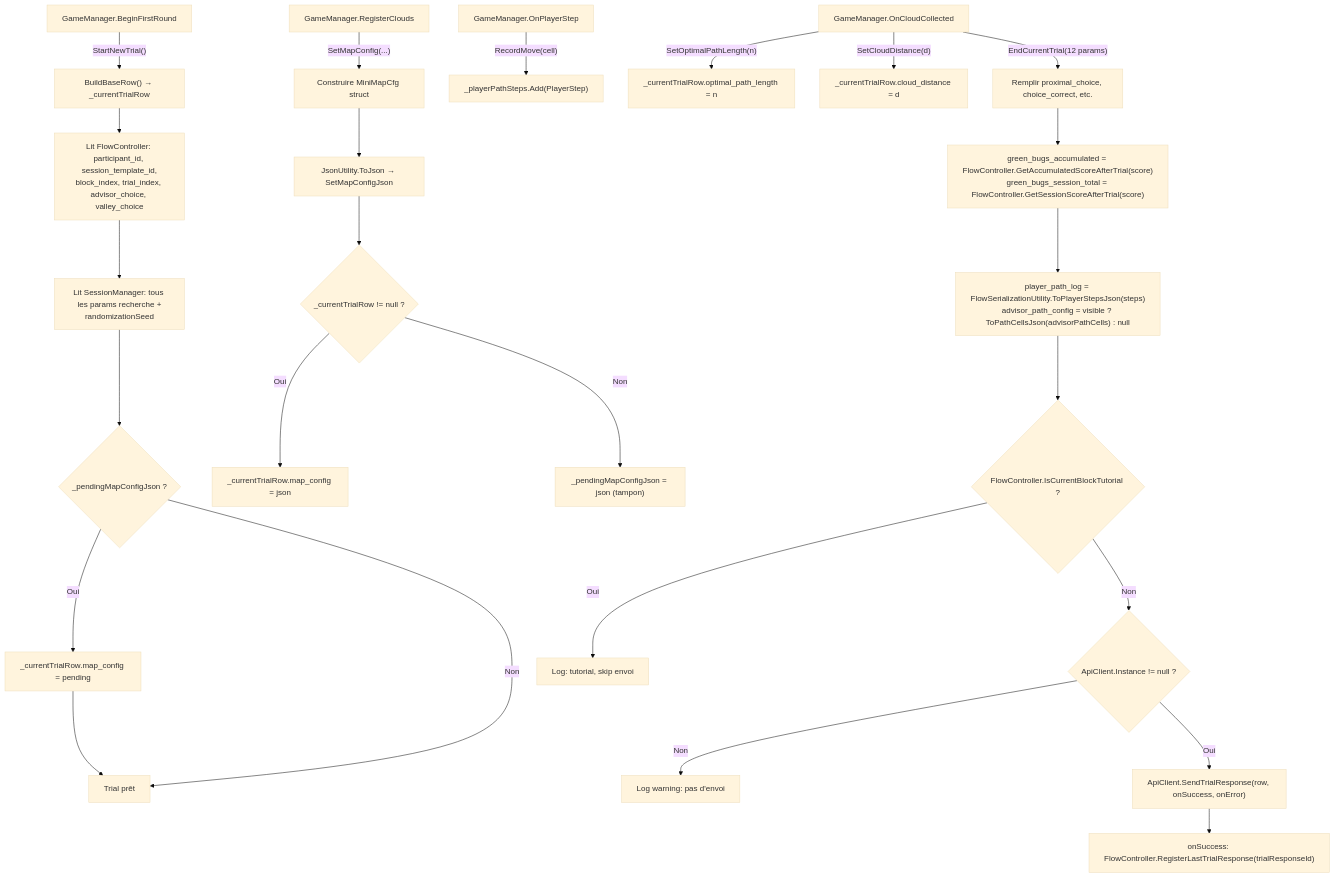
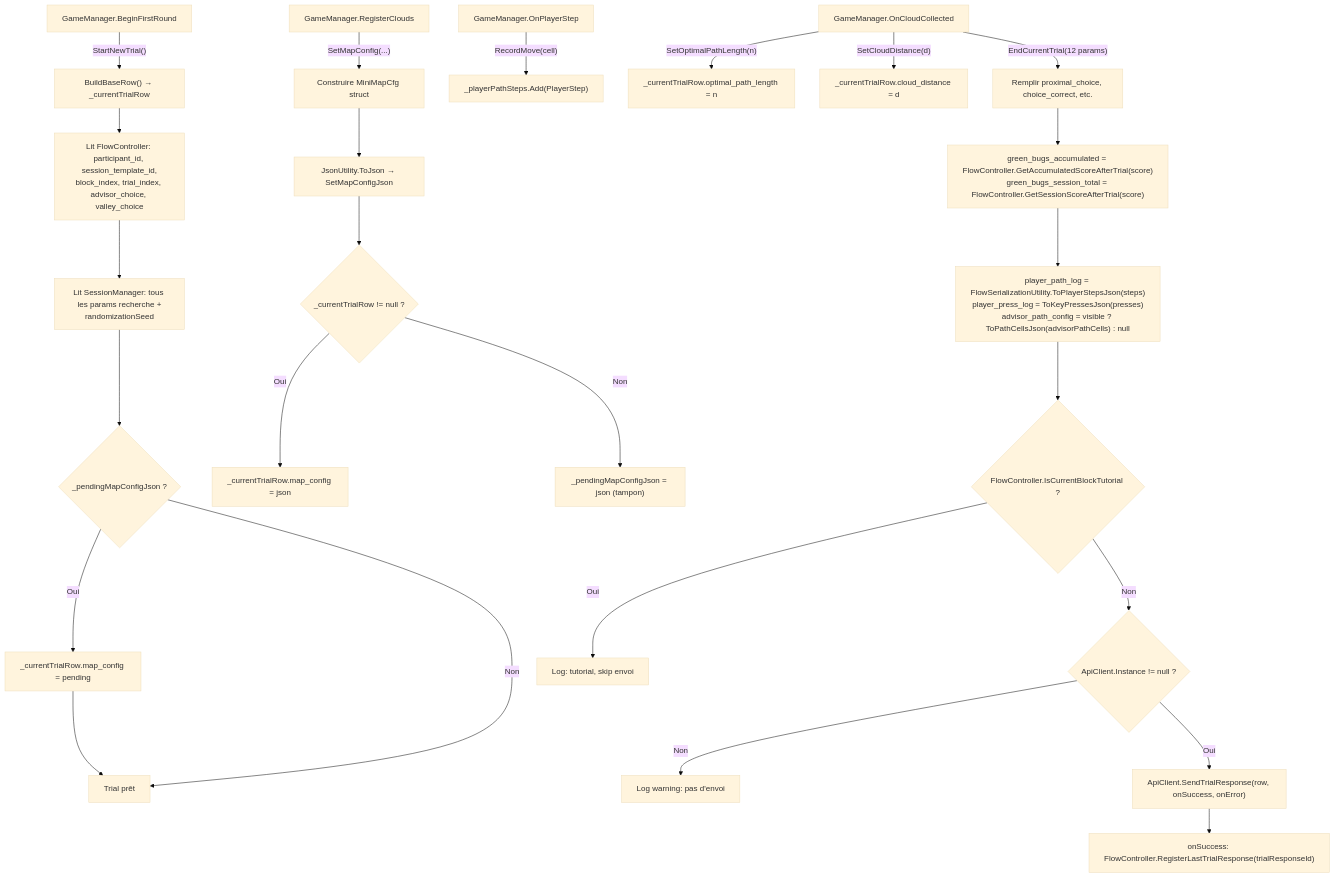
Diagram 15 of 29 in Docs/TDD.md (PierreChagnon/BUGS), drawn with Mermaid (base theme) before and after one commit. The commit also changed other lines of this file and 19 other files, not shown here.

First line of the commit message:
feat(data): motor_active_set, motor_advised_set and player_press_log in trial_responses + Build 1.5.0

````diff
--- a/Docs/TDD.md
+++ b/Docs/TDD.md
@@ -1738,30 +1742,30 @@
 ```mermaid
 graph TD
     C["GameManager.BeginFirstRound"] -->|"StartNewTrial()"| D["BuildBaseRow() → _currentTrialRow"]
     D --> D1["Lit FlowController: participant_id, session_template_id,<br/>block_index, trial_index, advisor_choice, valley_choice"]
     D1 --> D2["Lit SessionManager: tous les params recherche +<br/>randomizationSeed"]
     D2 --> E{_pendingMapConfigJson ?}
     E -->|Oui| F["_currentTrialRow.map_config = pending"]
     E -->|Non| G[Trial prêt]
     F --> G
 
     H["GameManager.RegisterClouds"] -->|"SetMapConfig(...)"| H1["Construire MiniMapCfg struct"]
     H1 --> H2["JsonUtility.ToJson → SetMapConfigJson"]
     H2 --> I{_currentTrialRow != null ?}
     I -->|Oui| J["_currentTrialRow.map_config = json"]
     I -->|Non| K["_pendingMapConfigJson = json (tampon)"]
 
     L["GameManager.OnPlayerStep"] -->|"RecordMove(cell)"| M["_playerPathSteps.Add(PlayerStep)"]
 
     N["GameManager.OnCloudCollected"] -->|"SetOptimalPathLength(n)"| O["_currentTrialRow.optimal_path_length = n"]
     N -->|"SetCloudDistance(d)"| O2["_currentTrialRow.cloud_distance = d"]
     N -->|"EndCurrentTrial(12 params)"| P["Remplir proximal_choice, choice_correct, etc."]
     P --> P1["green_bugs_accumulated = FlowController.GetAccumulatedScoreAfterTrial(score)<br/>green_bugs_session_total = FlowController.GetSessionScoreAfterTrial(score)"]
-    P1 --> P2["player_path_log = FlowSerializationUtility.ToPlayerStepsJson(steps)<br/>advisor_path_config = visible ? ToPathCellsJson(advisorPathCells) : null"]
+    P1 --> P2["player_path_log = FlowSerializationUtility.ToPlayerStepsJson(steps)<br/>player_press_log = ToKeyPressesJson(presses)<br/>advisor_path_config = visible ? ToPathCellsJson(advisorPathCells) : null"]
     P2 --> P3{"FlowController.IsCurrentBlockTutorial ?"}
     P3 -->|Oui| P4["Log: tutorial, skip envoi"]
     P3 -->|Non| P5{"ApiClient.Instance != null ?"}
     P5 -->|Non| P6["Log warning: pas d'envoi"]
     P5 -->|Oui| T["ApiClient.SendTrialResponse(row, onSuccess, onError)"]
     T --> T1["onSuccess: FlowController.RegisterLastTrialResponse(trialResponseId)"]
 ```
````
